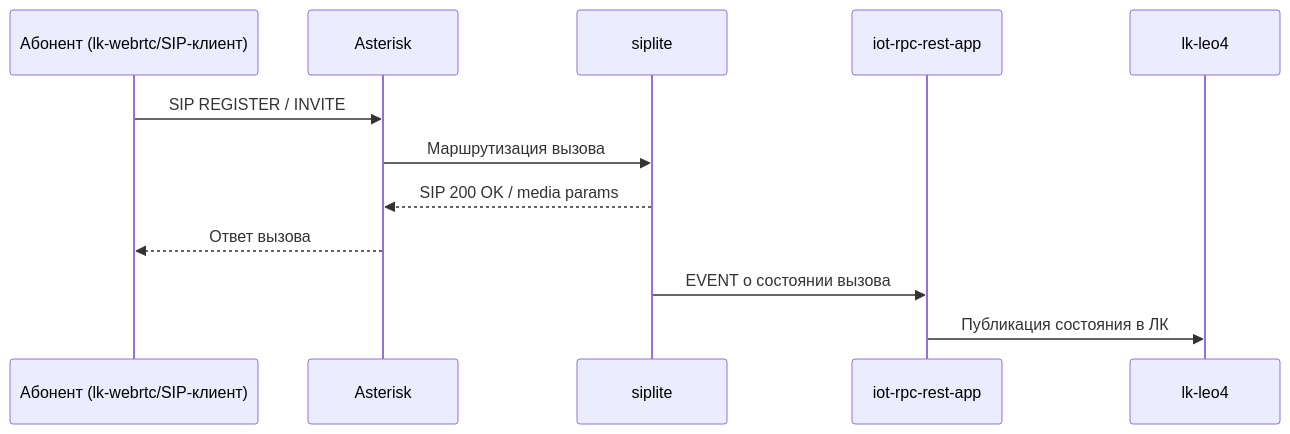
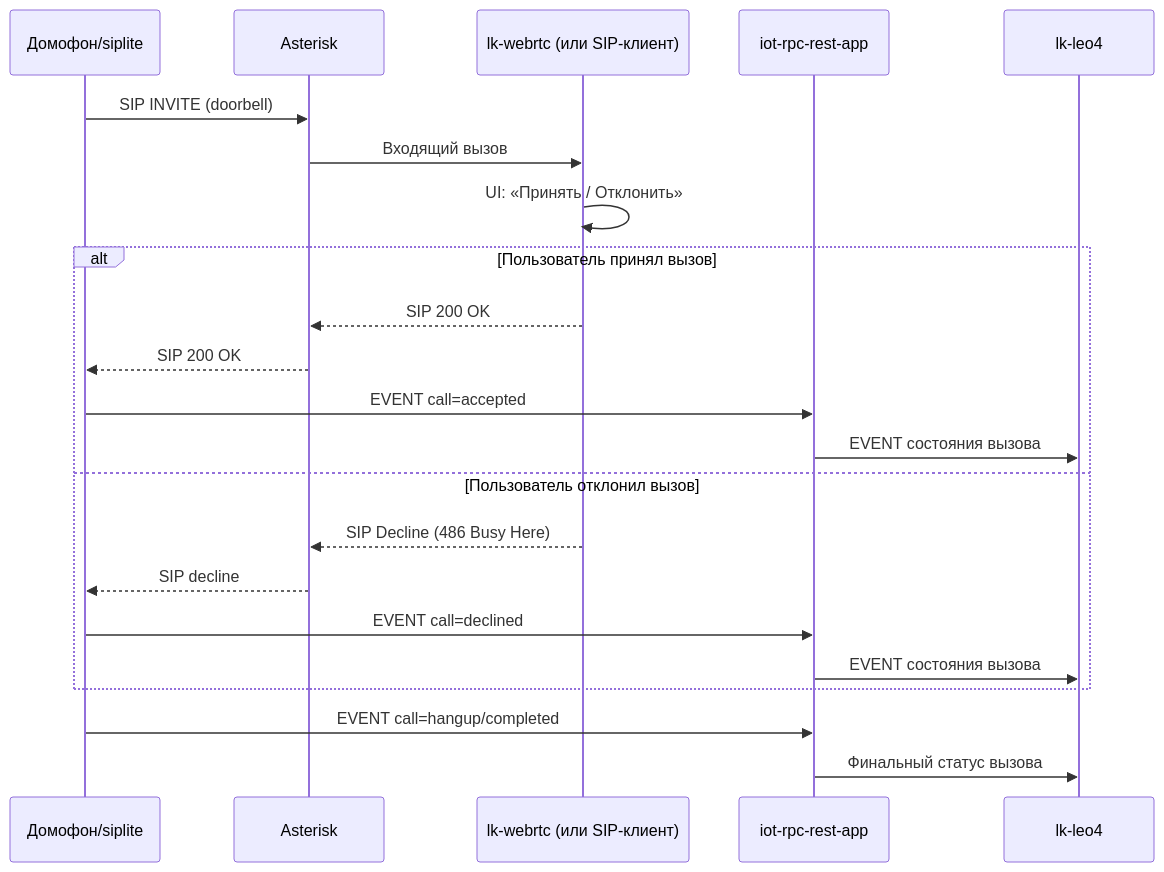
The second of 5 diagrams in docs/md/solution-presentation.md (OlegLebedevRU/lk-webrtc), drawn with Mermaid before and after one commit. The commit also changed other lines of this file, not shown here.

First line of the commit message:
docs: add end-to-end doorbell scenario for incoming SIP, video and lock control

````diff
--- a/docs/md/solution-presentation.md
+++ b/docs/md/solution-presentation.md
@@ -47,15 +47,27 @@
 ```mermaid
 sequenceDiagram
-    participant U as Абонент (lk-webrtc/SIP-клиент)
+    participant D as Домофон/siplite
     participant A as Asterisk
-    participant S as siplite
+    participant W as lk-webrtc (или SIP-клиент)
     participant C as iot-rpc-rest-app
     participant L as lk-leo4
 
-    U->>A: SIP REGISTER / INVITE
-    A->>S: Маршрутизация вызова
-    S-->>A: SIP 200 OK / media params
-    A-->>U: Ответ вызова
-    S->>C: EVENT о состоянии вызова
-    C->>L: Публикация состояния в ЛК
+    D->>A: SIP INVITE (doorbell)
+    A->>W: Входящий вызов
+    W->>W: UI: «Принять / Отклонить»
+
+    alt Пользователь принял вызов
+        W-->>A: SIP 200 OK
+        A-->>D: SIP 200 OK
+        D->>C: EVENT call=accepted
+        C->>L: EVENT состояния вызова
+    else Пользователь отклонил вызов
+        W-->>A: SIP Decline (486 Busy Here)
+        A-->>D: SIP decline
+        D->>C: EVENT call=declined
+        C->>L: EVENT состояния вызова
+    end
+
+    D->>C: EVENT call=hangup/completed
+    C->>L: Финальный статус вызова
 ```
````
